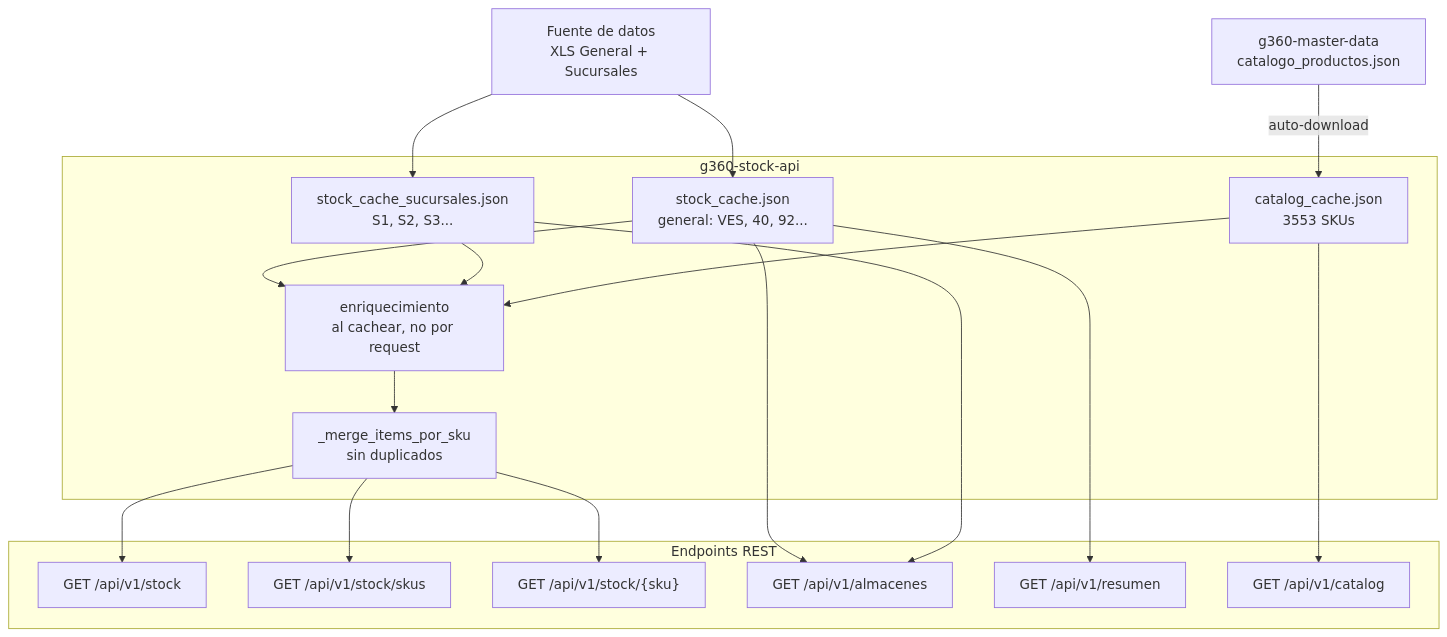
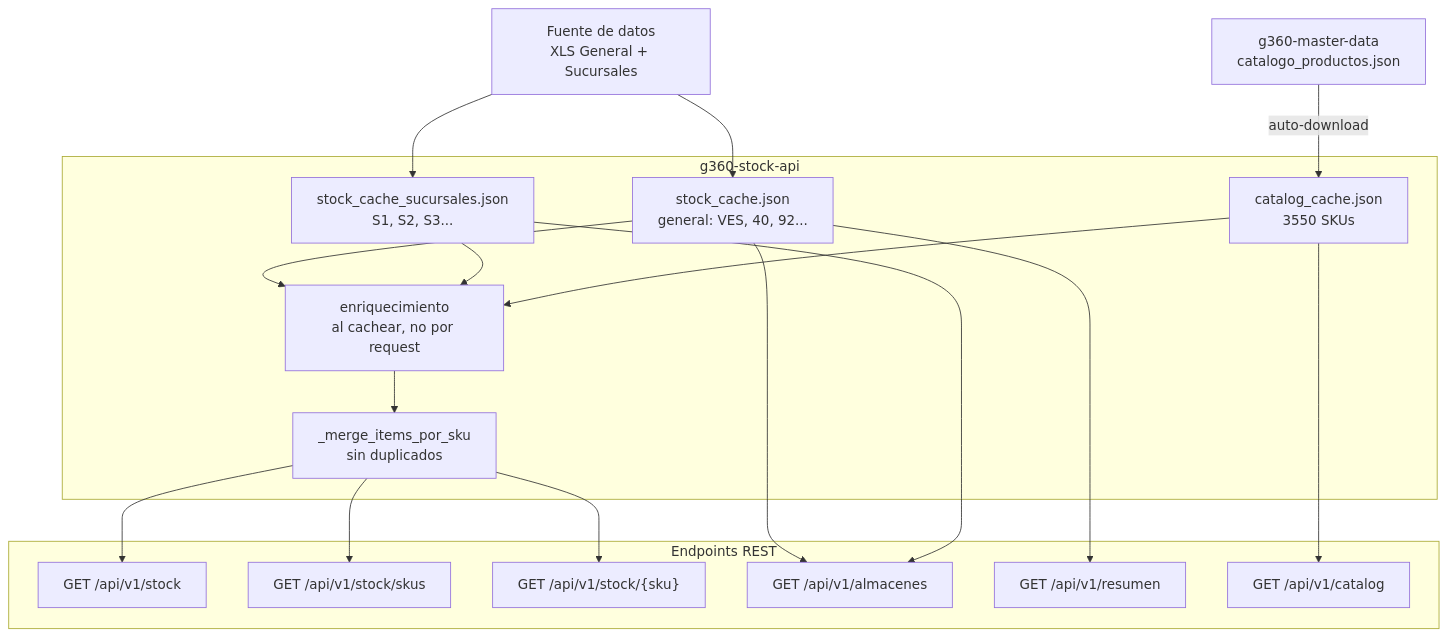
Before and after one commit to carloscus/g360-stock-api: the first of 2 diagrams in README.md, drawn with Mermaid. The commit also changed other lines of this file and 6 other files, not shown here.

````diff
--- a/README.md
+++ b/README.md
@@ -17,38 +17,38 @@
 ```mermaid
 flowchart TD
     ERP["Fuente de datos<br/>XLS General + Sucursales"]
     MASTER["g360-master-data<br/>catalogo_productos.json"]
 
     subgraph API["g360-stock-api"]
         CACHE1["stock_cache.json<br/>general: VES, 40, 92..."]
         CACHE2["stock_cache_sucursales.json<br/>S1, S2, S3..."]
-        CAT_CACHE["catalog_cache.json<br/>3553 SKUs"]
+        CAT_CACHE["catalog_cache.json<br/>3550 SKUs"]
         ENRICH["enriquecimiento<br/>al cachear, no por request"]
         MERGE["_merge_items_por_sku<br/>sin duplicados"]
     end
 
     ERP --> CACHE1
     ERP --> CACHE2
     MASTER -->|auto-download| CAT_CACHE
     CACHE1 --> ENRICH
     CACHE2 --> ENRICH
     CAT_CACHE --> ENRICH
     ENRICH --> MERGE
 
     subgraph ENDPOINTS["Endpoints REST"]
         STOCK["GET /api/v1/stock"]
         COMPACTO["GET /api/v1/stock/skus"]
         SKU["GET /api/v1/stock/{sku}"]
         ALM["GET /api/v1/almacenes"]
         RESUMEN["GET /api/v1/resumen"]
         CAT["GET /api/v1/catalog"]
     end
 
     MERGE --> STOCK
     MERGE --> COMPACTO
     MERGE --> SKU
     CACHE1 --> ALM
     CACHE2 --> ALM
     CACHE1 --> RESUMEN
     CAT_CACHE --> CAT
 ```
````
